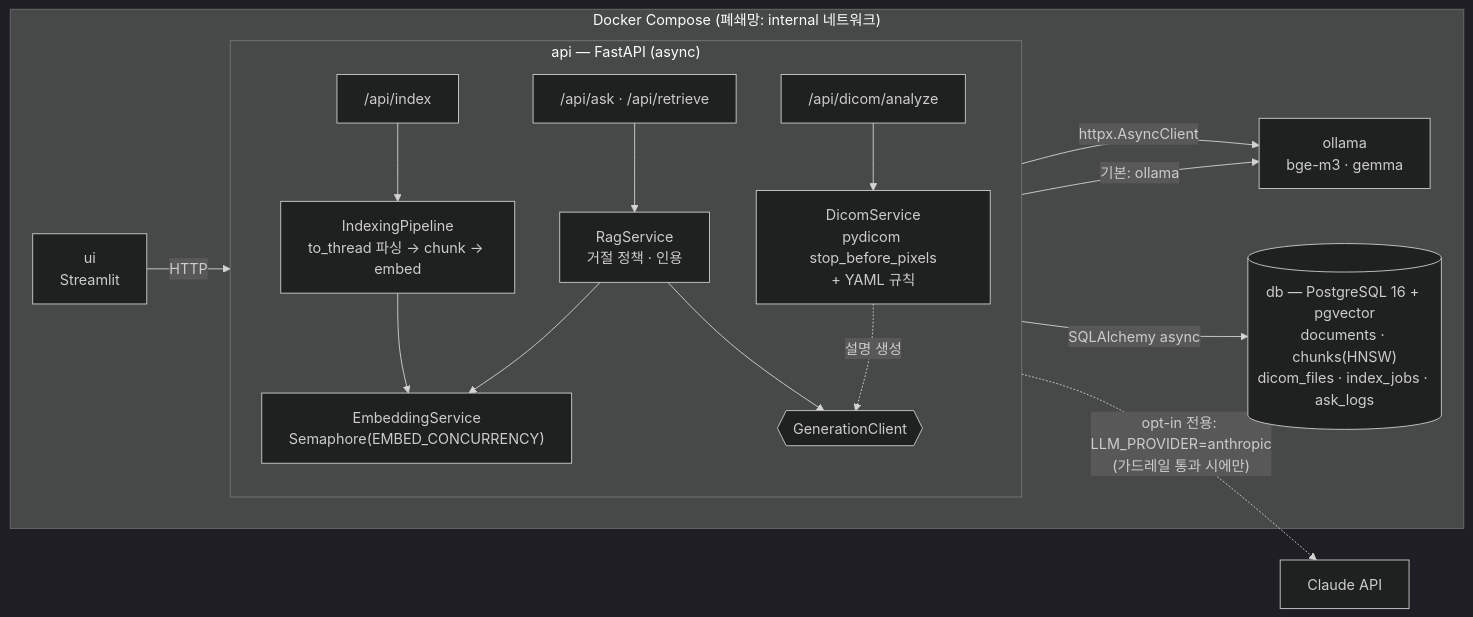
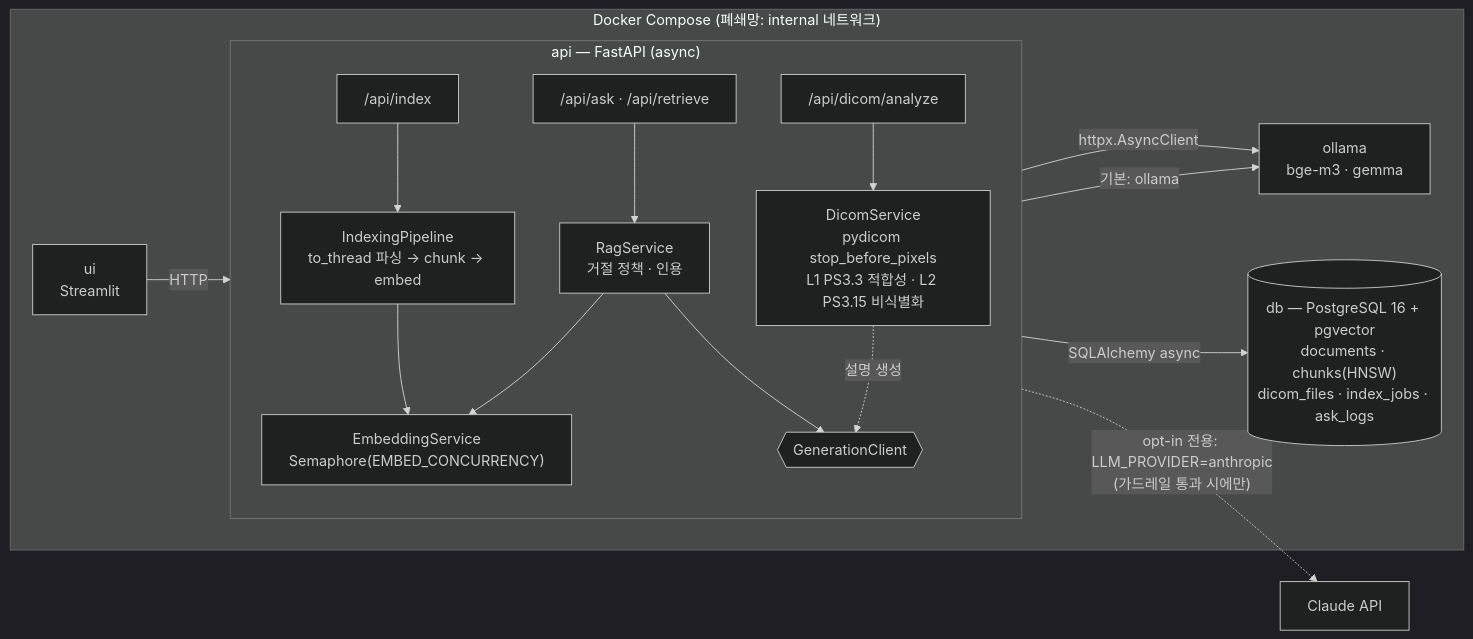
The diagram in README.md (yooonhyuk/clinical-rag-qa), drawn with Mermaid (dark theme) before and after one commit. The commit also changed other lines of this file and 34 other files, not shown here.

````diff
--- a/README.md
+++ b/README.md
@@ -18,20 +18,20 @@
 ```mermaid
 flowchart LR
     subgraph host["Docker Compose (폐쇄망: internal 네트워크)"]
         UI["ui<br/>Streamlit"] -->|HTTP| API
         subgraph API["api — FastAPI (async)"]
             direction TB
             R["/api/ask · /api/retrieve"] --> RAG["RagService<br/>거절 정책 · 인용"]
             I["/api/index"] --> P["IndexingPipeline<br/>to_thread 파싱 → chunk → embed"]
-            D["/api/dicom/analyze"] --> DS["DicomService<br/>pydicom stop_before_pixels<br/>+ YAML 규칙"]
+            D["/api/dicom/analyze"] --> DS["DicomService<br/>pydicom stop_before_pixels<br/>L1 PS3.3 적합성 · L2 PS3.15 비식별화"]
             P --> ES["EmbeddingService<br/>Semaphore(EMBED_CONCURRENCY)"]
             RAG --> ES
             RAG --> GEN{{"GenerationClient"}}
             DS -. 설명 생성 .-> GEN
         end
         ES -->|httpx.AsyncClient| OL["ollama<br/>bge-m3 · gemma"]
         GEN -->|기본: ollama| OL
         API -->|SQLAlchemy async| DB[("db — PostgreSQL 16 + pgvector<br/>documents · chunks(HNSW)<br/>dicom_files · index_jobs · ask_logs")]
     end
     GEN -. "opt-in 전용: LLM_PROVIDER=anthropic<br/>(가드레일 통과 시에만)" .-> CL["Claude API"]
 ```
````
